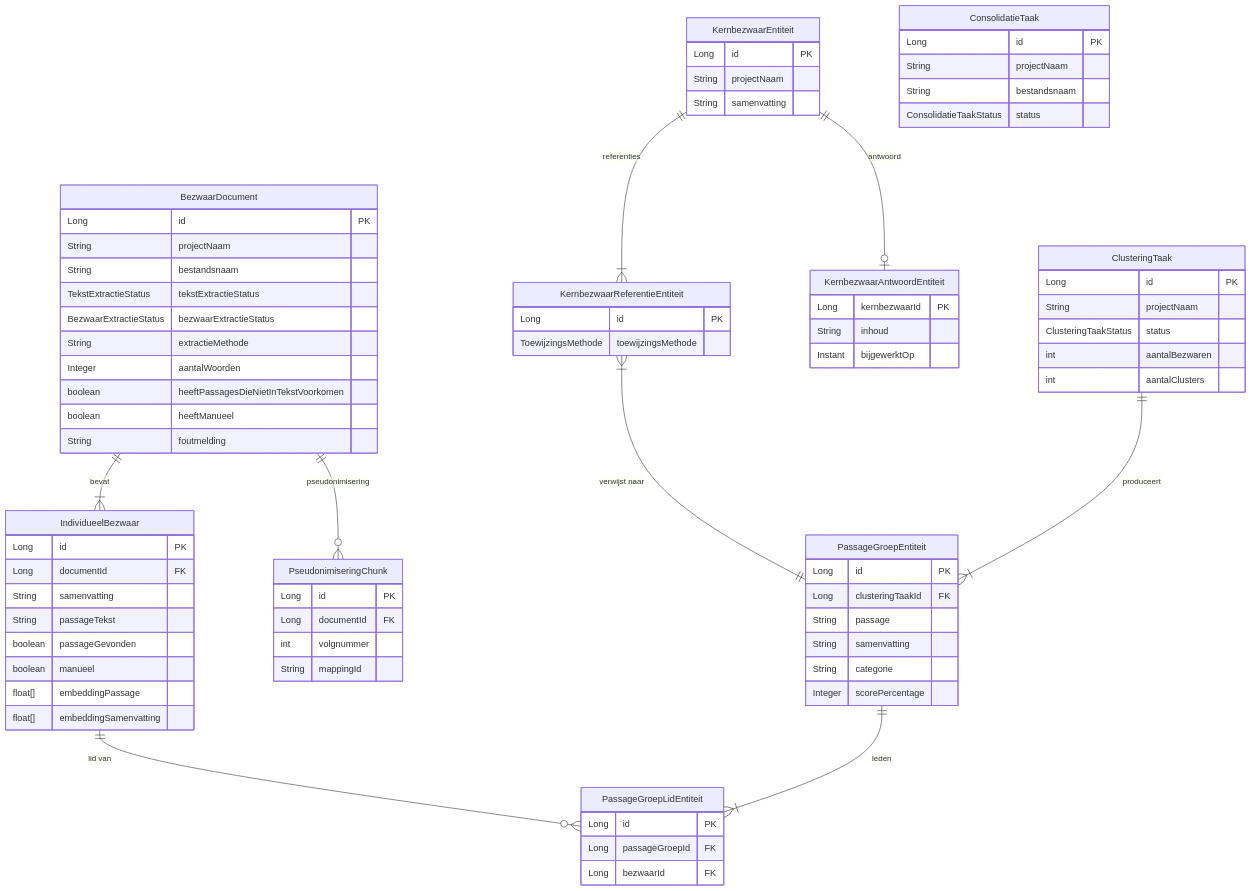
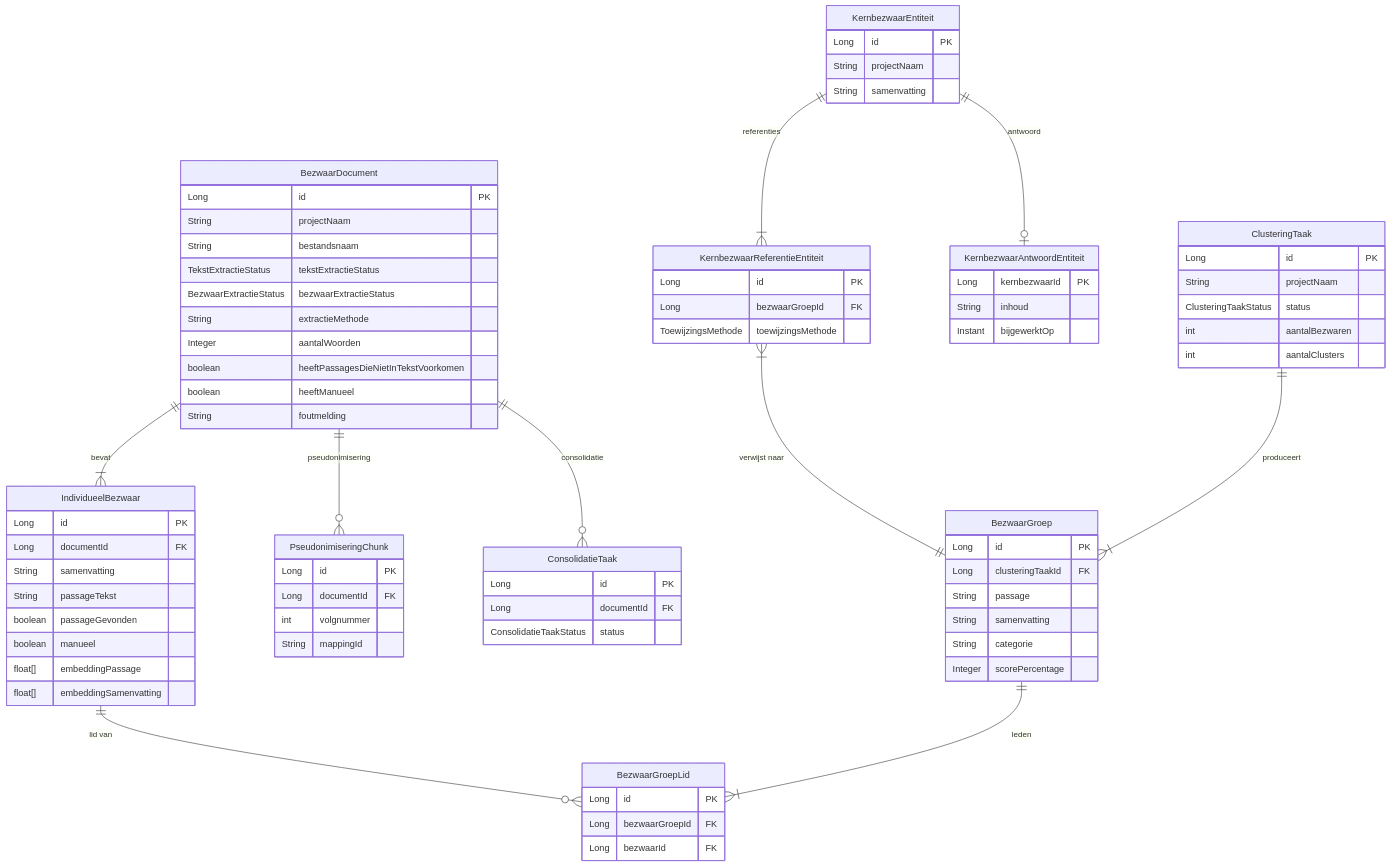
Before and after one commit to kevcraey/bezwaarschriften: the diagram in docs/architecture/domain-model.md, drawn with Mermaid. The commit also changed other lines of this file and 2 other files, not shown here.

Commit message:
docs: update domeinmodel voor Plan 2 renames + fix checkstyle import order

````diff
--- a/docs/architecture/domain-model.md
+++ b/docs/architecture/domain-model.md
@@ -40,6 +40,7 @@
 
     KernbezwaarReferentieEntiteit {
         Long id PK
+        Long bezwaarGroepId FK
         ToewijzingsMethode toewijzingsMethode
     }
 
@@ -49,7 +50,7 @@
         Instant bijgewerktOp
     }
 
-    PassageGroepEntiteit {
+    BezwaarGroep {
         Long id PK
         Long clusteringTaakId FK
         String passage
@@ -58,9 +59,9 @@
         Integer scorePercentage
     }
 
-    PassageGroepLidEntiteit {
+    BezwaarGroepLid {
         Long id PK
-        Long passageGroepId FK
+        Long bezwaarGroepId FK
         Long bezwaarId FK
     }
 
@@ -74,8 +75,7 @@
 
     ConsolidatieTaak {
         Long id PK
-        String projectNaam
-        String bestandsnaam
+        Long documentId FK
         ConsolidatieTaakStatus status
     }
 
@@ -88,10 +88,11 @@
 
     BezwaarDocument ||--|{ IndividueelBezwaar : "bevat"
     BezwaarDocument ||--o{ PseudonimiseringChunk : "pseudonimisering"
-    IndividueelBezwaar ||--o{ PassageGroepLidEntiteit : "lid van"
-    PassageGroepEntiteit ||--|{ PassageGroepLidEntiteit : "leden"
+    BezwaarDocument ||--o{ ConsolidatieTaak : "consolidatie"
+    IndividueelBezwaar ||--o{ BezwaarGroepLid : "lid van"
+    BezwaarGroep ||--|{ BezwaarGroepLid : "leden"
     KernbezwaarEntiteit ||--|{ KernbezwaarReferentieEntiteit : "referenties"
-    KernbezwaarReferentieEntiteit }|--|| PassageGroepEntiteit : "verwijst naar"
+    KernbezwaarReferentieEntiteit }|--|| BezwaarGroep : "verwijst naar"
     KernbezwaarEntiteit ||--o| KernbezwaarAntwoordEntiteit : "antwoord"
-    ClusteringTaak ||--|{ PassageGroepEntiteit : "produceert"
+    ClusteringTaak ||--|{ BezwaarGroep : "produceert"
 ```
````
